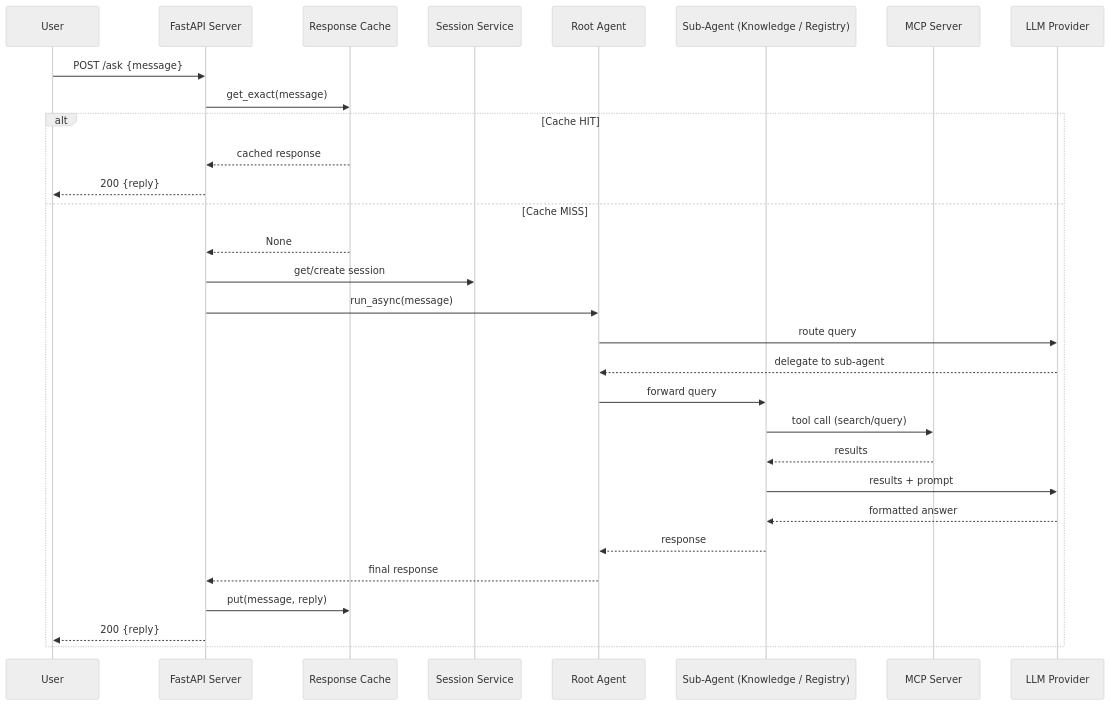
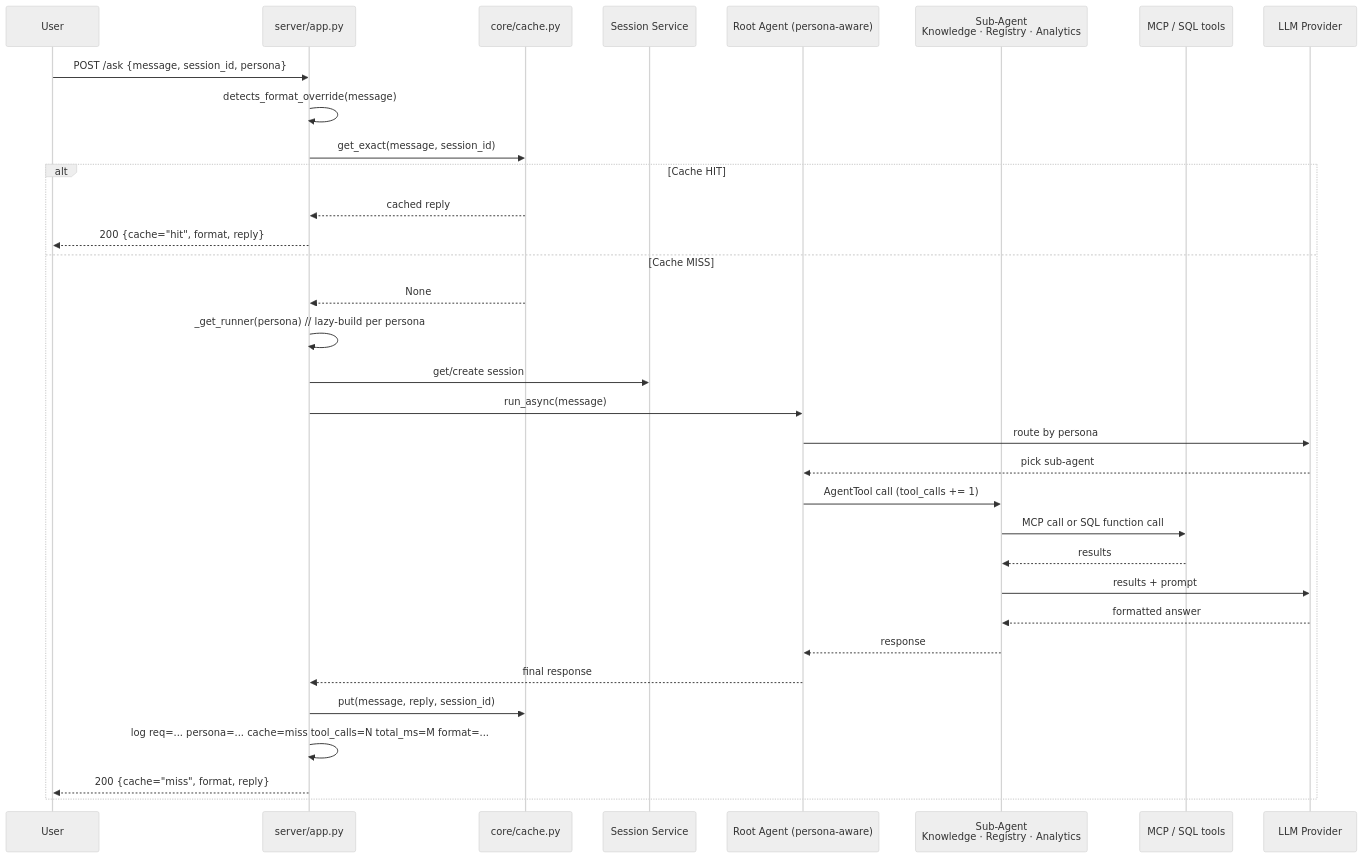
Before and after one commit to yurii-oks-jupus/datafabric-weave-agent: the second of 2 diagrams in README.md, drawn with Mermaid (neutral theme). The commit also changed other lines of this file and 33 other files, not shown here.

First line of the commit message:
FAB-2101 Stages 5-10: analytics persona integration

````diff
--- a/README.md
+++ b/README.md
@@ -116,33 +191,36 @@
 ```mermaid
 sequenceDiagram
     participant U as User
-    participant S as FastAPI Server
-    participant C as Response Cache
+    participant S as server/app.py
+    participant C as core/cache.py
     participant Sess as Session Service
-    participant R as Root Agent
-    participant Sub as Sub-Agent (Knowledge / Registry)
-    participant MCP as MCP Server
+    participant R as Root Agent (persona-aware)
+    participant Sub as Sub-Agent<br/>Knowledge · Registry · Analytics
+    participant Ext as MCP / SQL tools
     participant LLM as LLM Provider
 
-    U->>S: POST /ask {message}
-    S->>C: get_exact(message)
+    U->>S: POST /ask {message, session_id, persona}
+    S->>S: detects_format_override(message)
+    S->>C: get_exact(message, session_id)
     alt Cache HIT
-        C-->>S: cached response
-        S-->>U: 200 {reply}
+        C-->>S: cached reply
+        S-->>U: 200 {cache="hit", format, reply}
     else Cache MISS
         C-->>S: None
+        S->>S: _get_runner(persona)  // lazy-build per persona
         S->>Sess: get/create session
         S->>R: run_async(message)
-        R->>LLM: route query
-        LLM-->>R: delegate to sub-agent
-        R->>Sub: forward query
-        Sub->>MCP: tool call (search/query)
-        MCP-->>Sub: results
+        R->>LLM: route by persona
+        LLM-->>R: pick sub-agent
+        R->>Sub: AgentTool call  (tool_calls += 1)
+        Sub->>Ext: MCP call or SQL function call
+        Ext-->>Sub: results
         Sub->>LLM: results + prompt
         LLM-->>Sub: formatted answer
         Sub-->>R: response
         R-->>S: final response
-        S->>C: put(message, reply)
-        S-->>U: 200 {reply}
+        S->>C: put(message, reply, session_id)
+        S->>S: log req=... persona=... cache=miss tool_calls=N total_ms=M format=...
+        S-->>U: 200 {cache="miss", format, reply}
     end
 ```
````
